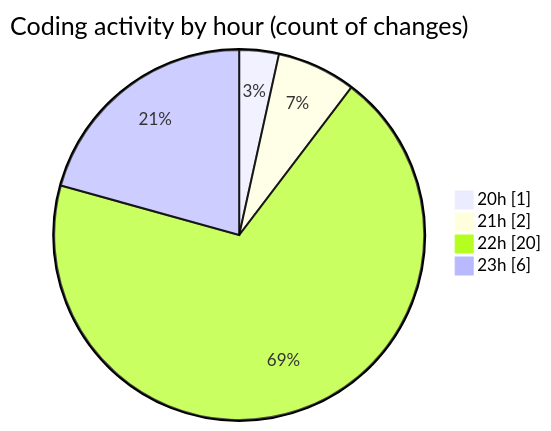
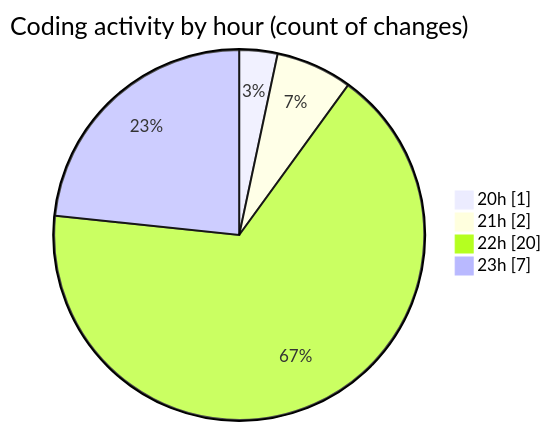
One commit to MatusMokan/code-tracking changed the second of 2 diagrams in 2025-02-18/myws__workspace_/README.md. Above: the diagram before and after it, drawn with Mermaid. The commit also changed other lines of this file and 1 other file, not shown here.

````diff
--- a/2025-02-18/myws__workspace_/README.md
+++ b/2025-02-18/myws__workspace_/README.md
@@ -37,8 +37,8 @@
 ```mermaid
 pie showData
 title Coding activity by hour (count of changes)
 "20h" : 1
 "21h" : 2
 "22h" : 20
-"23h" : 6
+"23h" : 7
 ```
````
